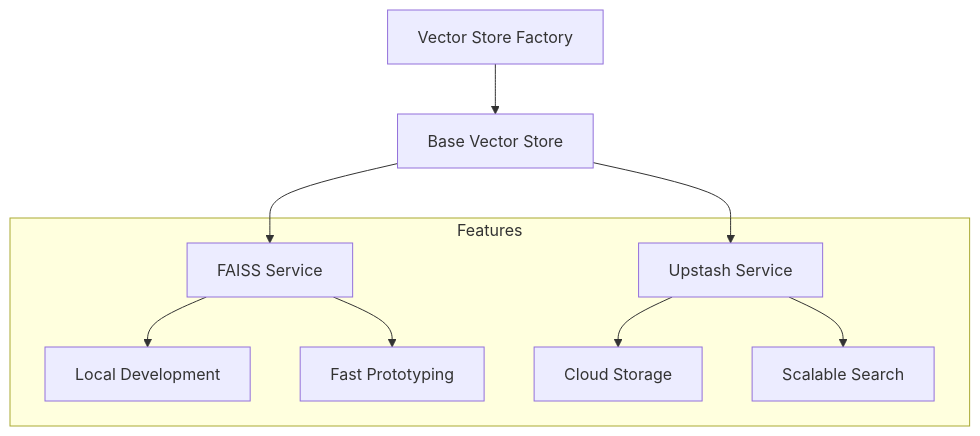
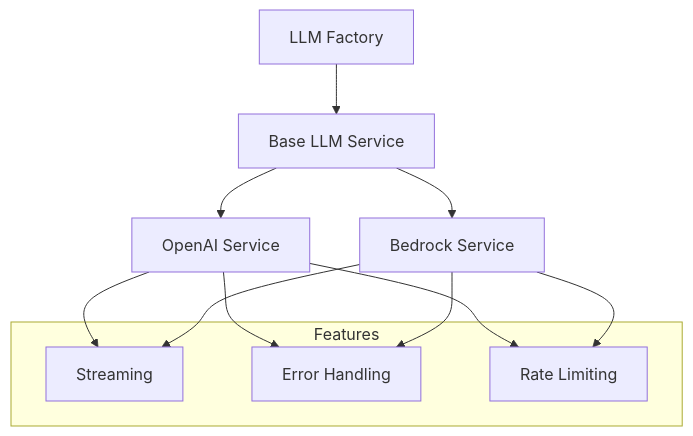
One commit to laialex501/lorechat-container changed the fifth of 5 diagrams in README.md. Above: the diagram before and after it, drawn with Mermaid. The commit also changed other lines of this file and 30 other files, not shown here.

````diff
--- a/README.md
+++ b/README.md
@@ -122,13 +176,19 @@
 ```mermaid
 graph TD
-    A[Vector Store Factory] --> B[Base Vector Store]
-    B --> C[FAISS Service]
-    B --> D[Upstash Service]
+    A[LLM Factory] --> B[Base LLM Service]
+    B --> C[OpenAI Service]
+    B --> D[Bedrock Service]
     
     subgraph "Features"
-        C --> E[Local Development]
-        C --> F[Fast Prototyping]
-        D --> G[Cloud Storage]
-        D --> H[Scalable Search]
+        E[Streaming]
+        F[Error Handling]
+        G[Rate Limiting]
     end
+    
+    C --> E
+    C --> F
+    C --> G
+    D --> E
+    D --> F
+    D --> G
 ```
````
